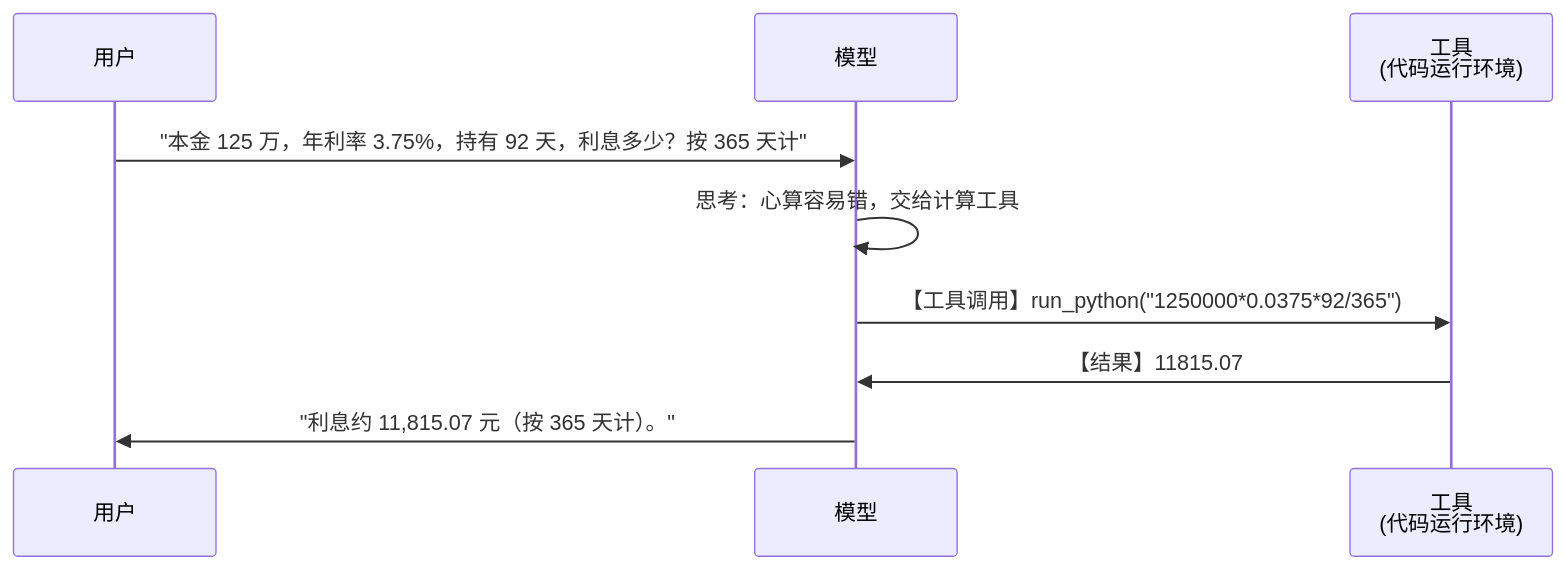
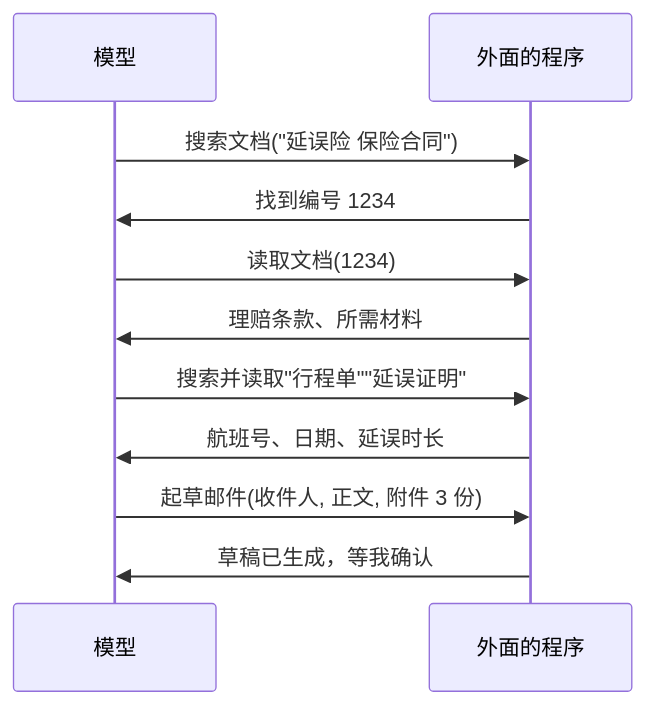
The fourth of 8 diagrams in slides.md (rangerqu/intro-agentic-ai), drawn with Mermaid before and after one commit. The commit also changed other lines of this file, not shown here.

````diff
--- a/slides.md
+++ b/slides.md
@@ -1239,12 +1463,13 @@
-```mermaid {scale: 0.66}
+```mermaid {scale: 0.6}
 sequenceDiagram
-  participant U as 用户
   participant M as 模型
-  participant T as 工具<br/>(代码运行环境)
-
-  U->>M: "本金 125 万，年利率 3.75%，持有 92 天，利息多少？按 365 天计"
-  M->>M: 思考：心算容易错，交给计算工具
-  M->>T: 【工具调用】run_python("1250000*0.0375*92/365")
-  T->>M: 【结果】11815.07
-  M->>U: "利息约 11,815.07 元（按 365 天计）。"
+  participant T as 外面的程序
+  M->>T: 搜索文档("延误险 保险合同")
+  T->>M: 找到编号 1234
+  M->>T: 读取文档(1234)
+  T->>M: 理赔条款、所需材料
+  M->>T: 搜索并读取"行程单""延误证明"
+  T->>M: 航班号、日期、延误时长
+  M->>T: 起草邮件(收件人, 正文, 附件 3 份)
+  T->>M: 草稿已生成，等我确认
 ```
````
